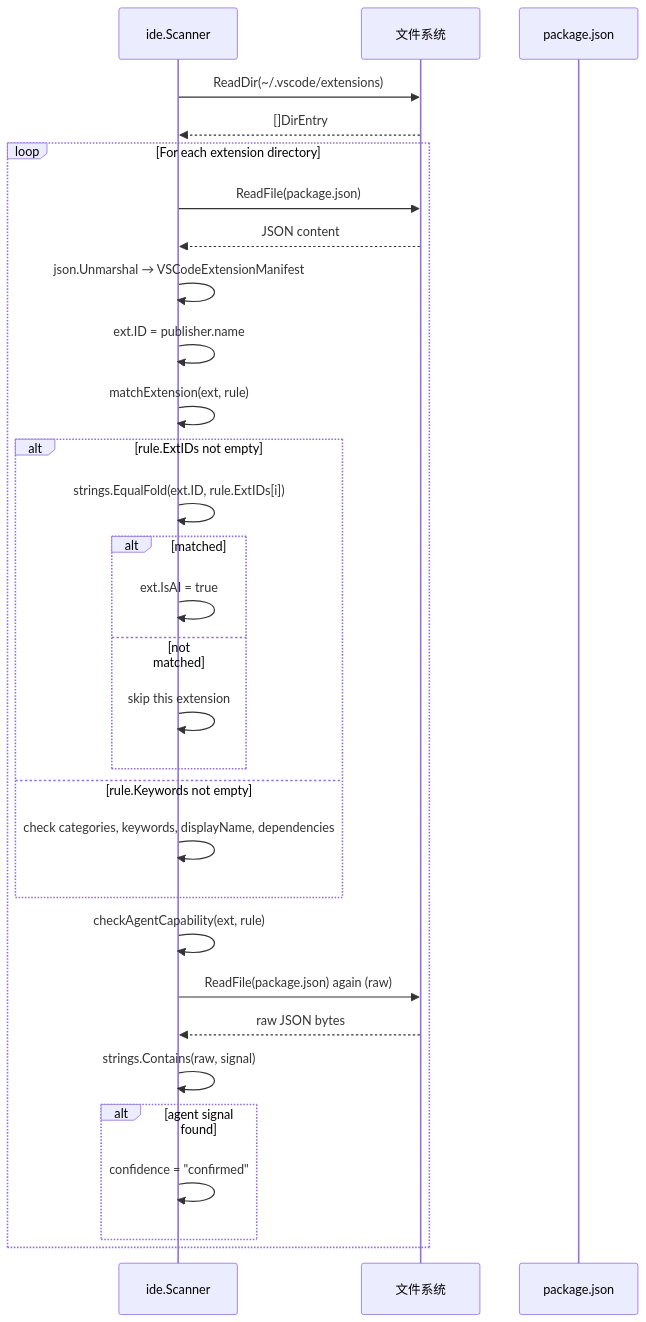
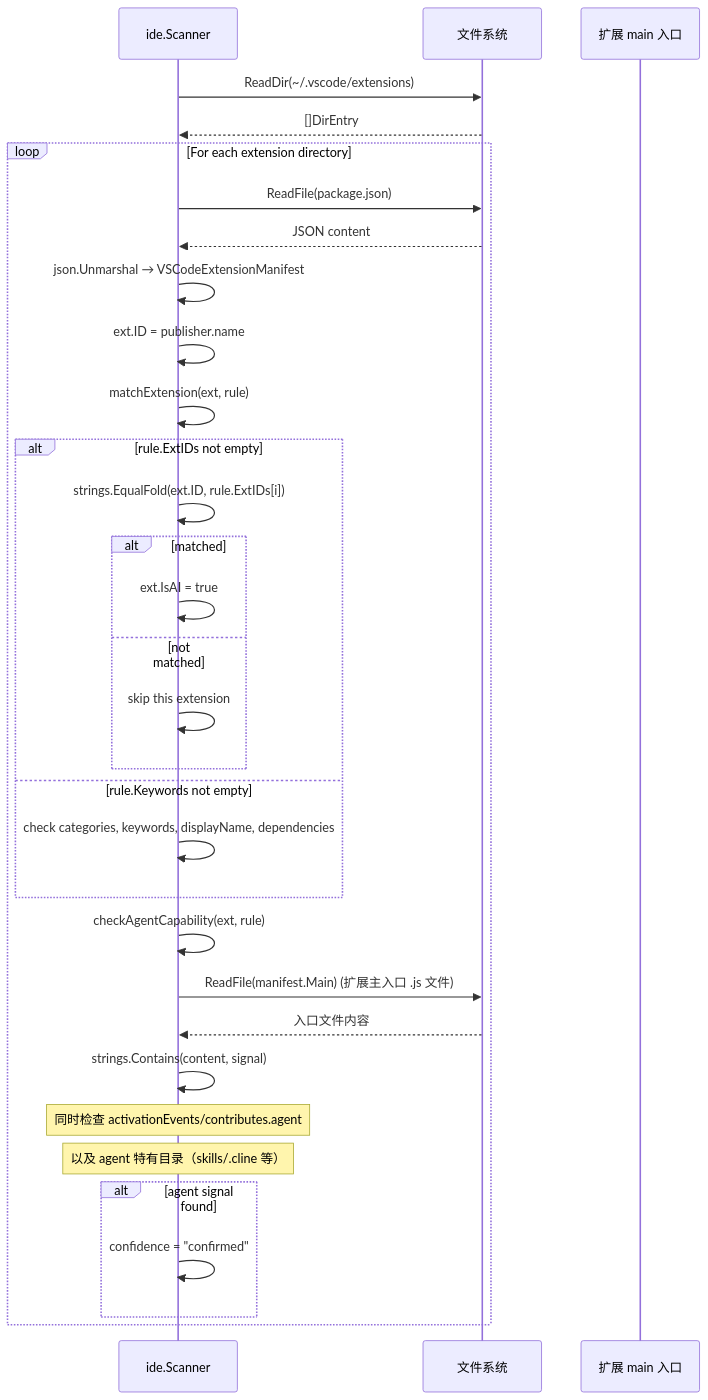
The fourth of 4 diagrams in docs/architecture.md (zhanglimao/ai-asset-discovery), drawn with Mermaid before and after one commit. The commit also changed other lines of this file and 2 other files, not shown here.

````diff
--- a/docs/architecture.md
+++ b/docs/architecture.md
@@ -496,35 +534,37 @@
 ```mermaid
 sequenceDiagram
     participant IDE as ide.Scanner
     participant FS as 文件系统
-    participant Ext as package.json
+    participant Ext as 扩展 main 入口
 
     IDE->>FS: ReadDir(~/.vscode/extensions)
     FS-->>IDE: []DirEntry
     loop For each extension directory
         IDE->>FS: ReadFile(package.json)
         FS-->>IDE: JSON content
         IDE->>IDE: json.Unmarshal → VSCodeExtensionManifest
         IDE->>IDE: ext.ID = publisher.name
 
         IDE->>IDE: matchExtension(ext, rule)
         alt rule.ExtIDs not empty
             IDE->>IDE: strings.EqualFold(ext.ID, rule.ExtIDs[i])
             alt matched
                 IDE->>IDE: ext.IsAI = true
             else not matched
                 IDE->>IDE: skip this extension
             end
         else rule.Keywords not empty
             IDE->>IDE: check categories, keywords, displayName, dependencies
         end
 
         IDE->>IDE: checkAgentCapability(ext, rule)
-        IDE->>FS: ReadFile(package.json) again (raw)
-        FS-->>IDE: raw JSON bytes
-        IDE->>IDE: strings.Contains(raw, signal)
+        IDE->>FS: ReadFile(manifest.Main) (扩展主入口 .js 文件)
+        FS-->>IDE: 入口文件内容
+        IDE->>IDE: strings.Contains(content, signal)
+        Note over IDE: 同时检查 activationEvents/contributes.agent
+        Note over IDE: 以及 agent 特有目录（skills/.cline 等）
         alt agent signal found
             IDE->>IDE: confidence = "confirmed"
         end
     end
 ```
````
